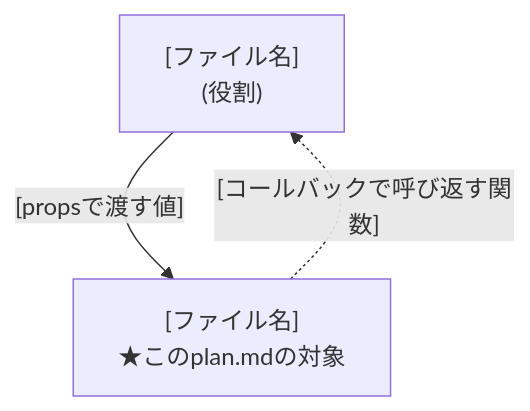
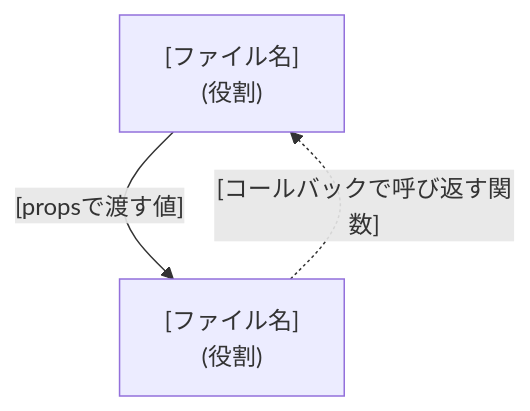
The diagram in .specify/templates/overrides/plan-template.md (shimazakis0523/Nextjs-Sample), drawn with Mermaid before and after one commit. The commit also changed other lines of this file and 16 other files, not shown here.

````diff
--- a/.specify/templates/overrides/plan-template.md
+++ b/.specify/templates/overrides/plan-template.md
@@ -26,8 +27,8 @@
 ```mermaid
 flowchart TD
     a["[ファイル名]<br/>(役割)"]
-    b["[ファイル名]<br/>★このplan.mdの対象"]
+    b["[ファイル名]<br/>(役割)"]
 
     a -- "[propsで渡す値]" --> b
     b -. "[コールバックで呼び返す関数]" .-> a
 ```
````
